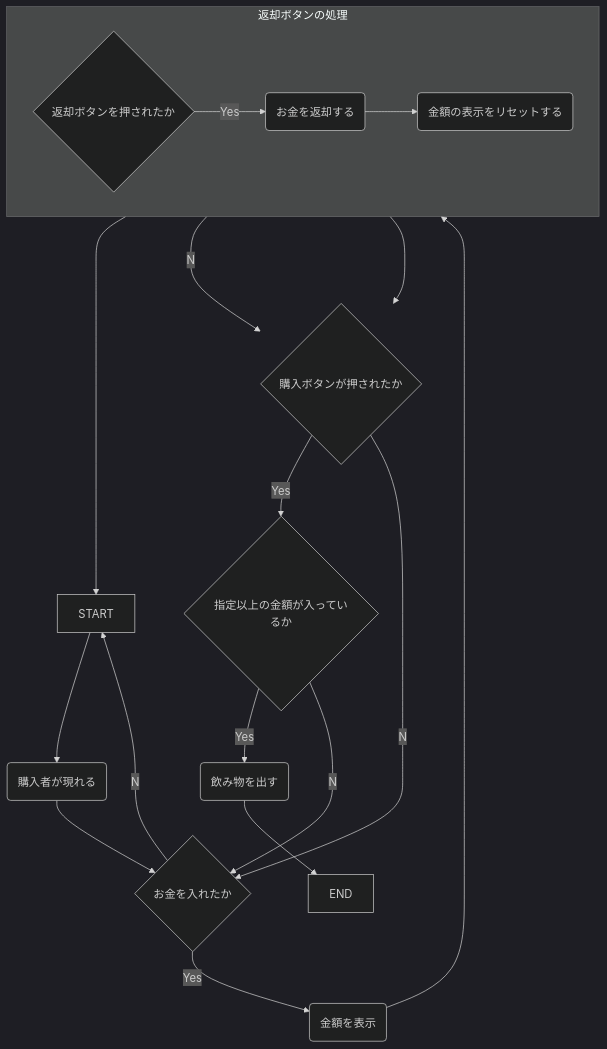
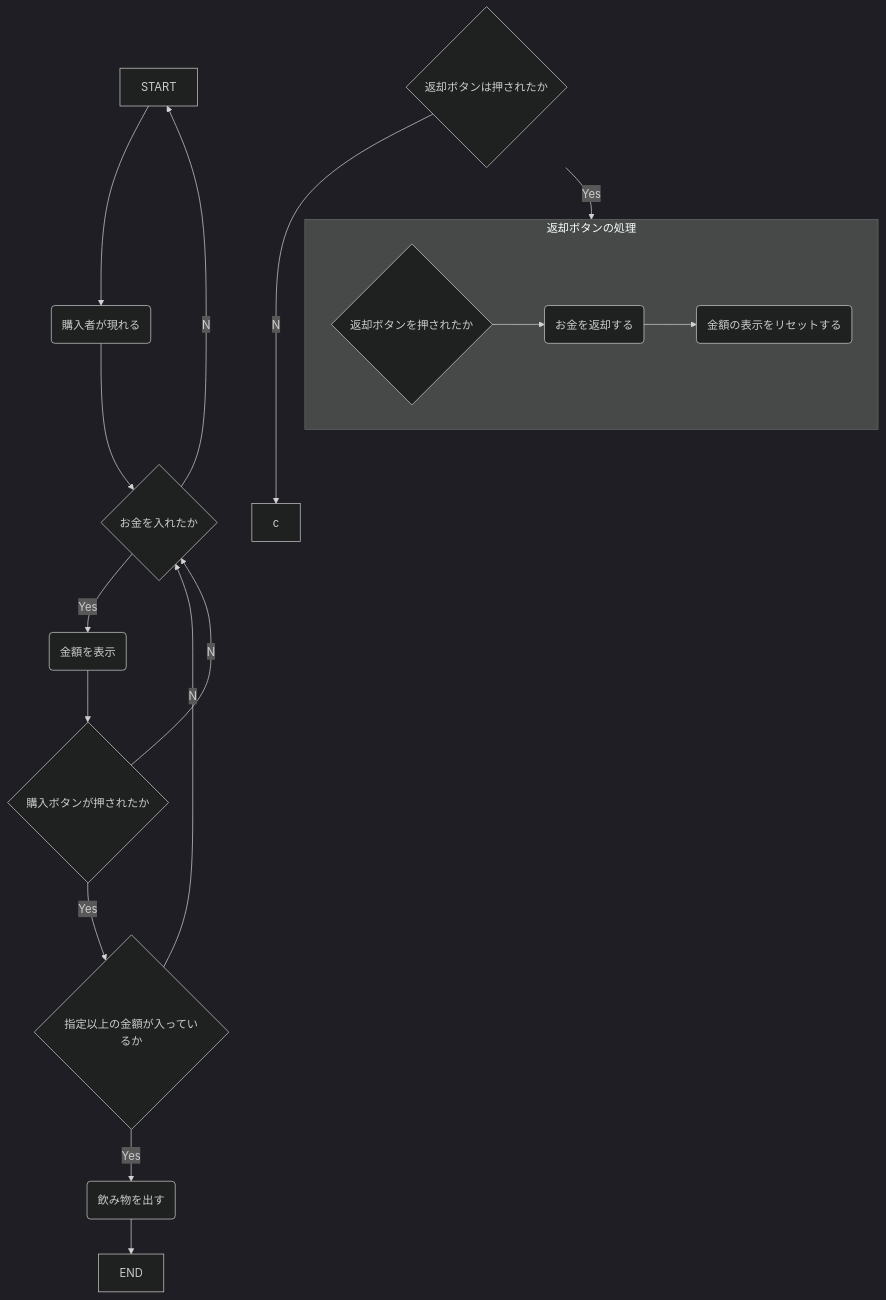
The diagram in README.md (tpu-game-2022/mermaid_test), drawn with Mermaid (dark theme) before and after one commit.

Commit message:
フローチャートを変更した

````diff
--- a/README.md
+++ b/README.md
@@ -20,21 +20,19 @@
 ```mermaid
 flowchart TB
   START-->A(購入者が現れる)
   A(購入者が現れる)-->B{お金を入れたか}
   B--Yes-->C(金額を表示)
   B--No-->START
-  D3-->START
-  C-->返却ボタンの処理-->E{購入ボタンが押されたか}
-  D1--No-->E
-      subgraph 返却ボタンの処理
-      direction LR
-      D1{返却ボタンを押されたか}--Yes-->D2(お金を返却する)
-      D2-->D3(金額の表示をリセットする)
-      end
-
+  D{返却ボタンは押されたか}--Yes-->返却ボタンの処理
+  D--No-->c
+    subgraph 返却ボタンの処理
+    direction LR
+      D1{返却ボタンを押されたか}-->D2(お金を返却する)-->D3(金額の表示をリセットする)
+    end
+  C-->E{購入ボタンが押されたか}
   E{購入ボタンが押されたか}--Yes-->F{指定以上の金額が入っているか}
   E--No-->B
   F--Yes-->G(飲み物を出す)
   F--No-->B
   G-->END
 ```
````
